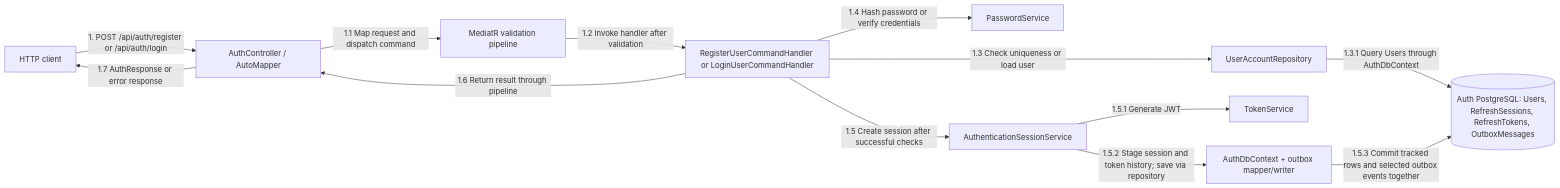
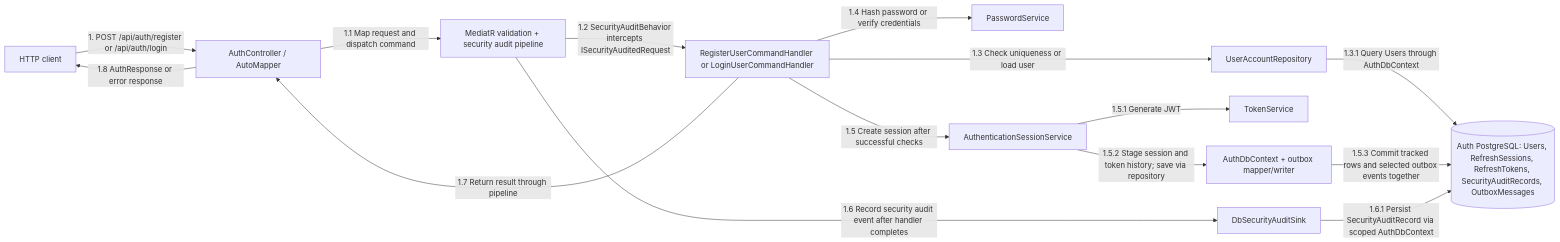
The first of 5 diagrams in src/Services/Auth/COMMUNICATION.md (bogdan-spilevoi/ASET-master-year-1), drawn with Mermaid before and after one commit. The commit also changed other lines of this file and 3 other files, not shown here.

Commit message:
docs(auth): document security audit pipeline

````diff
--- a/src/Services/Auth/COMMUNICATION.md
+++ b/src/Services/Auth/COMMUNICATION.md
@@ -10,26 +10,29 @@
 ```mermaid
 flowchart LR
     Client["HTTP client"]
     API["AuthController / AutoMapper"]
-    Pipeline["MediatR validation pipeline"]
+    Pipeline["MediatR validation + security audit pipeline"]
     Handler["RegisterUserCommandHandler or LoginUserCommandHandler"]
     Password["PasswordService"]
     Repository["UserAccountRepository"]
     Session["AuthenticationSessionService"]
     Tokens["TokenService"]
     Context["AuthDbContext + outbox mapper/writer"]
-    DB[("Auth PostgreSQL: Users, RefreshSessions, RefreshTokens, OutboxMessages")]
+    AuditSink["DbSecurityAuditSink"]
+    DB[("Auth PostgreSQL: Users, RefreshSessions, RefreshTokens, SecurityAuditRecords, OutboxMessages")]
 
     Client -->|"1. POST /api/auth/register or /api/auth/login"| API
     API -->|"1.1 Map request and dispatch command"| Pipeline
-    Pipeline -->|"1.2 Invoke handler after validation"| Handler
+    Pipeline -->|"1.2 SecurityAuditBehavior intercepts ISecurityAuditedRequest"| Handler
     Handler -->|"1.3 Check uniqueness or load user"| Repository
     Repository -->|"1.3.1 Query Users through AuthDbContext"| DB
     Handler -->|"1.4 Hash password or verify credentials"| Password
     Handler -->|"1.5 Create session after successful checks"| Session
     Session -->|"1.5.1 Generate JWT"| Tokens
     Session -->|"1.5.2 Stage session and token history; save via repository"| Context
     Context -->|"1.5.3 Commit tracked rows and selected outbox events together"| DB
-    Handler -->|"1.6 Return result through pipeline"| API
-    API -->|"1.7 AuthResponse or error response"| Client
+    Pipeline -->|"1.6 Record security audit event after handler completes"| AuditSink
+    AuditSink -->|"1.6.1 Persist SecurityAuditRecord via scoped AuthDbContext"| DB
+    Handler -->|"1.7 Return result through pipeline"| API
+    API -->|"1.8 AuthResponse or error response"| Client
 ```
````
